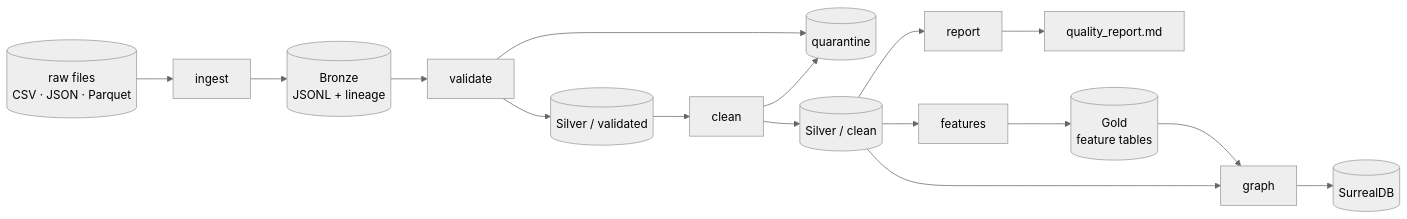
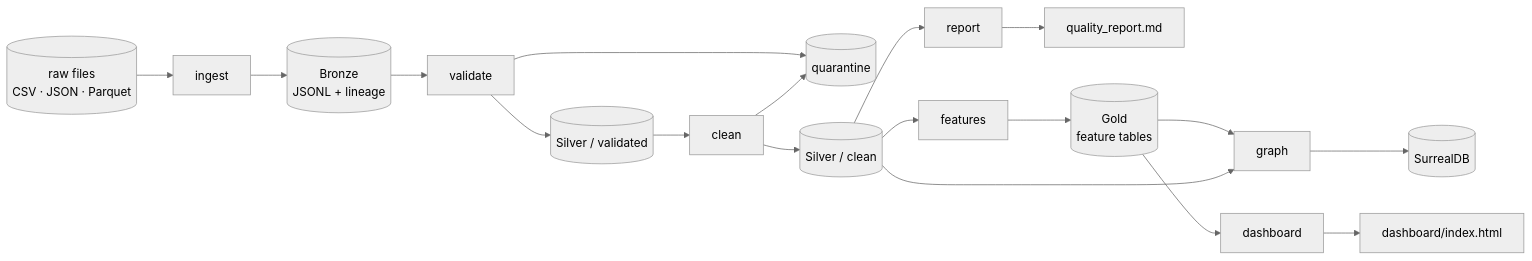
The diagram in ARCHITECTURE.md (emyrael/systemzero_dataengineering), drawn with Mermaid (neutral theme) before and after one commit. The commit also changed other lines of this file and 7 other files, not shown here.

````diff
--- a/ARCHITECTURE.md
+++ b/ARCHITECTURE.md
@@ -14,15 +14,16 @@
 ```mermaid
 graph LR
     R[(raw files<br/>CSV · JSON · Parquet)] --> I[ingest]
     I --> B[(Bronze<br/>JSONL + lineage)]
     B --> V[validate]
     V --> SV[(Silver / validated)]
     V --> Q[(quarantine)]
     SV --> C[clean]
     C --> SC[(Silver / clean)]
     C --> Q
     SC --> RP[report] --> QR[quality_report.md]
     SC --> F[features] --> G[(Gold<br/>feature tables)]
     G --> GR[graph] --> S[(SurrealDB)]
     SC --> GR
+    G --> D[dashboard] --> DH[dashboard/index.html]
 ```
````
